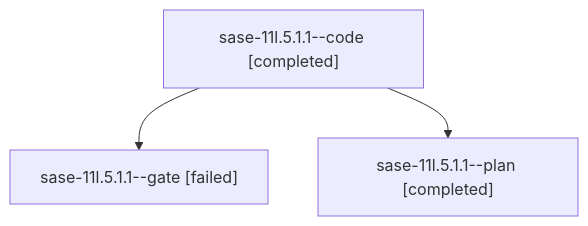
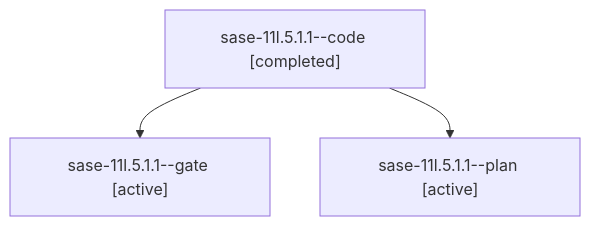
The diagram in families/bbugyi200.athena.sase-11l.5.1.1.md (sase-org/sase--agents), drawn with Mermaid before and after one commit. The commit also changed other lines of this file and 159 other files, not shown here.

````diff
--- a/families/bbugyi200.athena.sase-11l.5.1.1.md
+++ b/families/bbugyi200.athena.sase-11l.5.1.1.md
@@ -9,8 +9,8 @@
 ```mermaid
 flowchart TD
   n0["sase-11l.5.1.1--code [completed]"]
-  n1["sase-11l.5.1.1--gate [failed]"]
+  n1["sase-11l.5.1.1--gate [active]"]
   n0 --> n1
-  n2["sase-11l.5.1.1--plan [completed]"]
+  n2["sase-11l.5.1.1--plan [active]"]
   n0 --> n2
 ```
````
